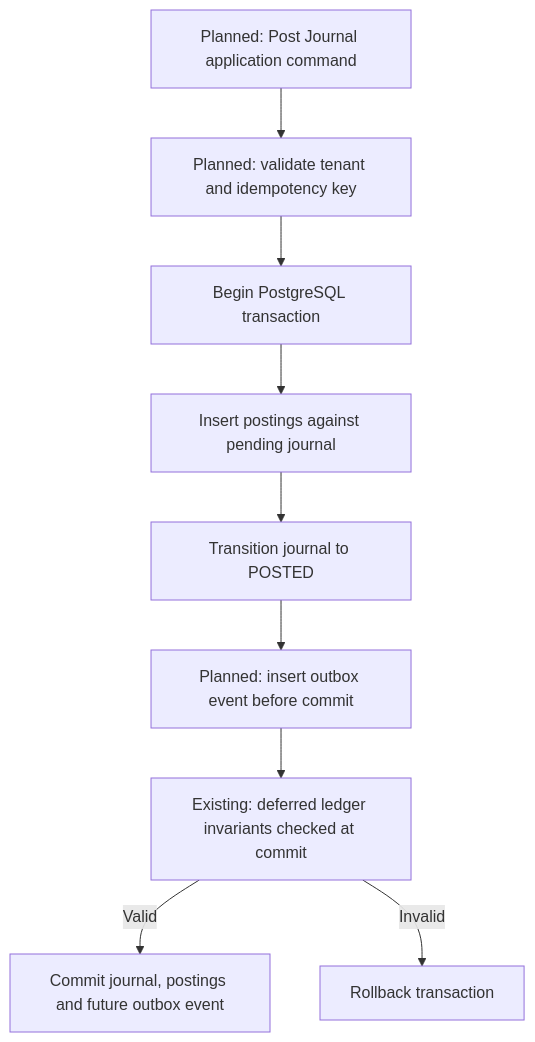
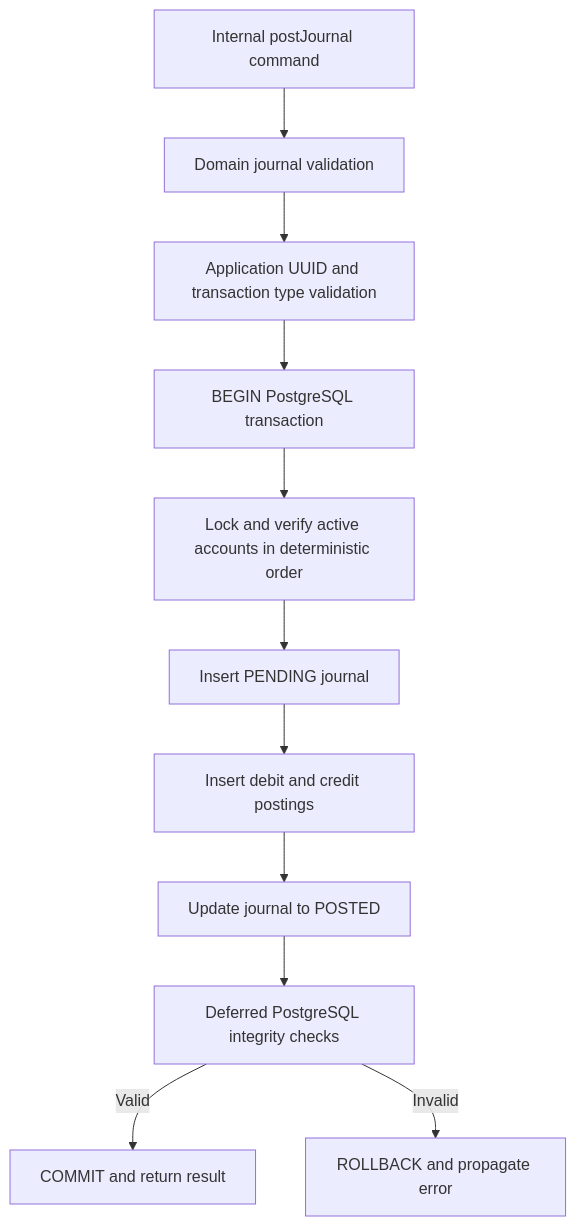
One commit to Muzafar-Ali/fintech-platform changed the third of 3 diagrams in README.md. Above: the diagram before and after it, drawn with Mermaid. The commit also changed other lines of this file and 16 other files, not shown here.

Commit message:
feat(ledger): implement atomic journal posting and integration tests

````diff
--- a/README.md
+++ b/README.md
@@ -213,11 +221,13 @@
 ```mermaid
 flowchart TD
-    A[Planned: Post Journal application command] --> B[Planned: validate tenant and idempotency key]
-    B --> C[Begin PostgreSQL transaction]
-    C --> D[Insert postings against pending journal]
-    D --> E[Transition journal to POSTED]
-    E --> I[Planned: insert outbox event before commit]
-    I --> F[Existing: deferred ledger invariants checked at commit]
-    F -->|Valid| G[Commit journal, postings and future outbox event]
-    F -->|Invalid| H[Rollback transaction]
+    A[Internal postJournal command] --> B[Domain journal validation]
+    B --> C[Application UUID and transaction type validation]
+    C --> D[BEGIN PostgreSQL transaction]
+    D --> E[Lock and verify active accounts in deterministic order]
+    E --> F[Insert PENDING journal]
+    F --> G[Insert debit and credit postings]
+    G --> H[Update journal to POSTED]
+    H --> I[Deferred PostgreSQL integrity checks]
+    I -->|Valid| J[COMMIT and return result]
+    I -->|Invalid| K[ROLLBACK and propagate error]
 ```
````
